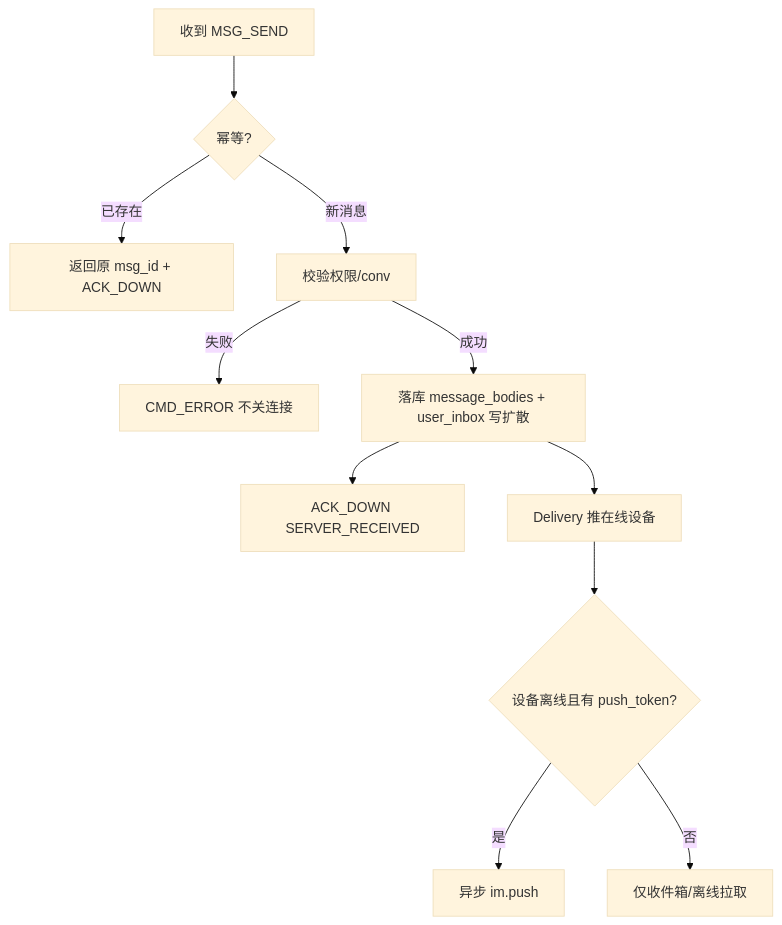
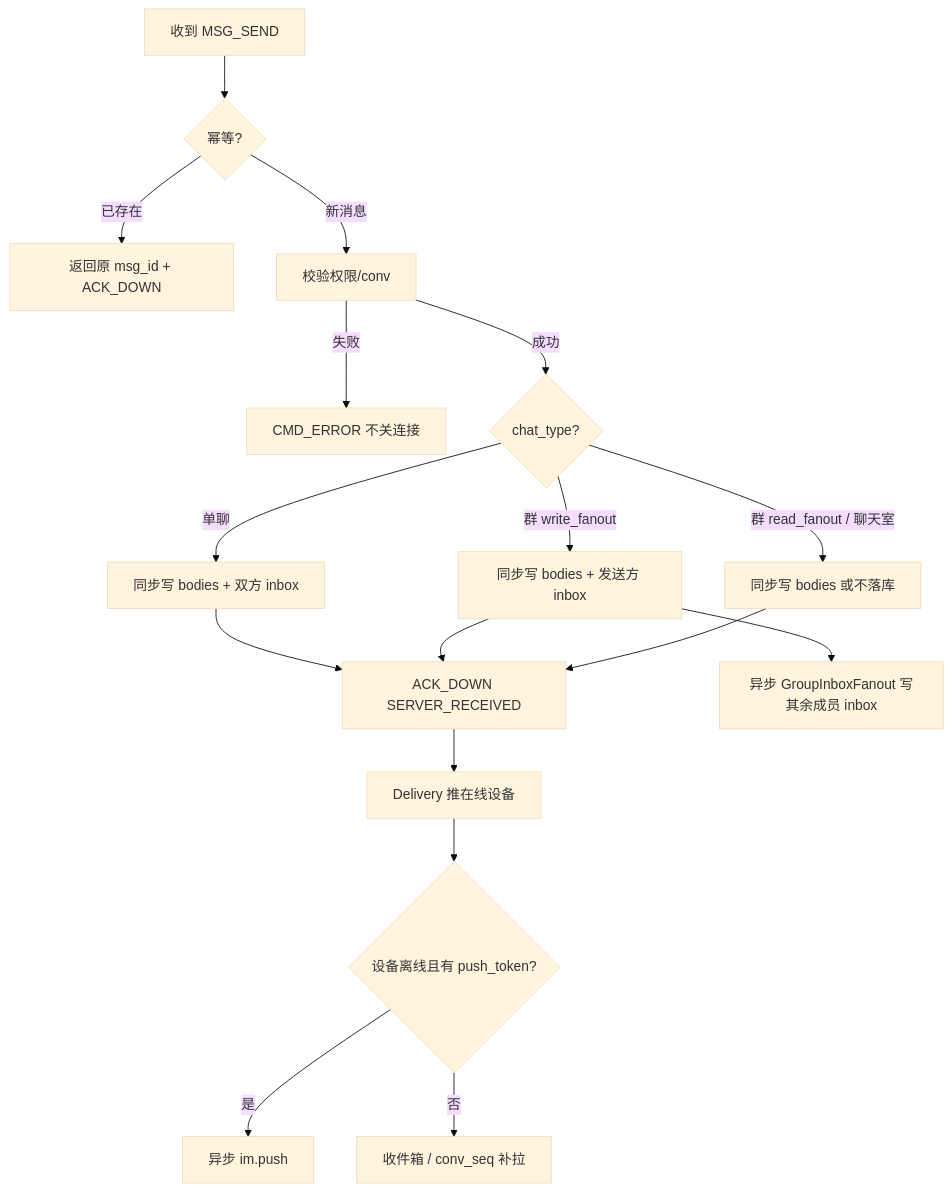
One commit to memacs/im changed the second of 3 diagrams in docs/design/message-send-ack.md. Above: the diagram before and after it, drawn with Mermaid (base theme). The commit also changed other lines of this file and 617 other files, not shown here.

````diff
--- a/docs/design/message-send-ack.md
+++ b/docs/design/message-send-ack.md
@@ -82,13 +83,19 @@
 ```mermaid
 flowchart TD
   A[收到 MSG_SEND] --> B{幂等?}
   B -->|已存在| C[返回原 msg_id + ACK_DOWN]
   B -->|新消息| D[校验权限/conv]
   D -->|失败| E[CMD_ERROR 不关连接]
-  D -->|成功| F[落库 message_bodies + user_inbox 写扩散]
-  F --> G[ACK_DOWN SERVER_RECEIVED]
-  F --> H[Delivery 推在线设备]
-  H --> I{设备离线且有 push_token?}
-  I -->|是| J[异步 im.push]
-  I -->|否| K[仅收件箱/离线拉取]
+  D -->|成功| F{chat_type?}
+  F -->|单聊| G[同步写 bodies + 双方 inbox]
+  F -->|群 write_fanout| H[同步写 bodies + 发送方 inbox]
+  F -->|群 read_fanout / 聊天室| I[同步写 bodies 或不落库]
+  G --> J[ACK_DOWN SERVER_RECEIVED]
+  H --> J
+  I --> J
+  H --> K[异步 GroupInboxFanout 写其余成员 inbox]
+  J --> L[Delivery 推在线设备]
+  L --> M{设备离线且有 push_token?}
+  M -->|是| N[异步 im.push]
+  M -->|否| O[收件箱 / conv_seq 补拉]
 ```
````
